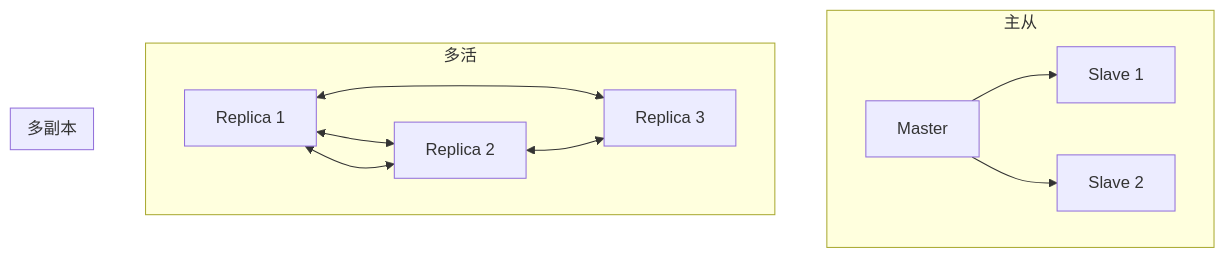
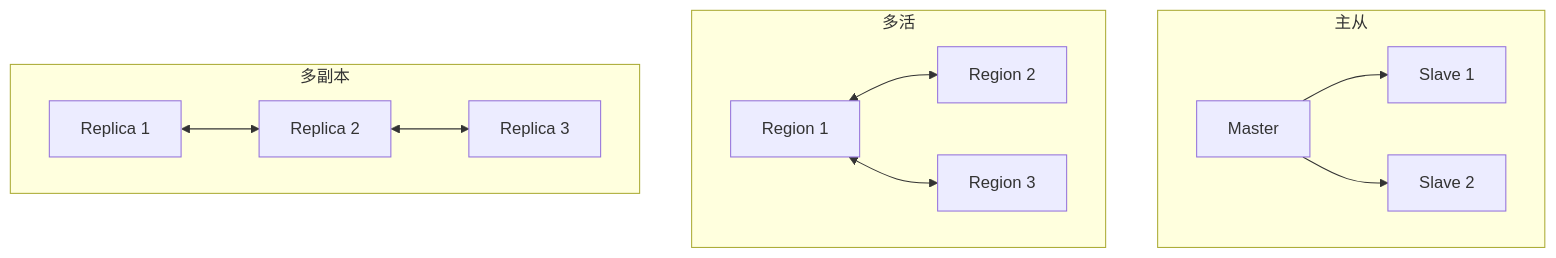
Before and after one commit to kane201x/javadoc: diagram 28 of 32 in 14-system-design/README.md, drawn with Mermaid. The commit also changed other lines of this file and 5 other files, not shown here.

First line of the commit message:
fix: resolve mermaid diagram syntax issues across all modules

````diff
--- a/14-system-design/README.md
+++ b/14-system-design/README.md
@@ -1585,14 +1585,14 @@
 ```mermaid
 graph TD
     subgraph 主从
         M1[Master] --> S1[Slave 1]
         M1 --> S2[Slave 2]
     end
     subgraph 多活
         R1[Region 1] <--> R2[Region 2]
         R1 <--> R3[Region 3]
     end
     subgraph 多副本
-        R1[Replica 1] <--> R2[Replica 2] <--> R3[Replica 3]
+        P1[Replica 1] <--> P2[Replica 2] <--> P3[Replica 3]
     end
 ```
````
